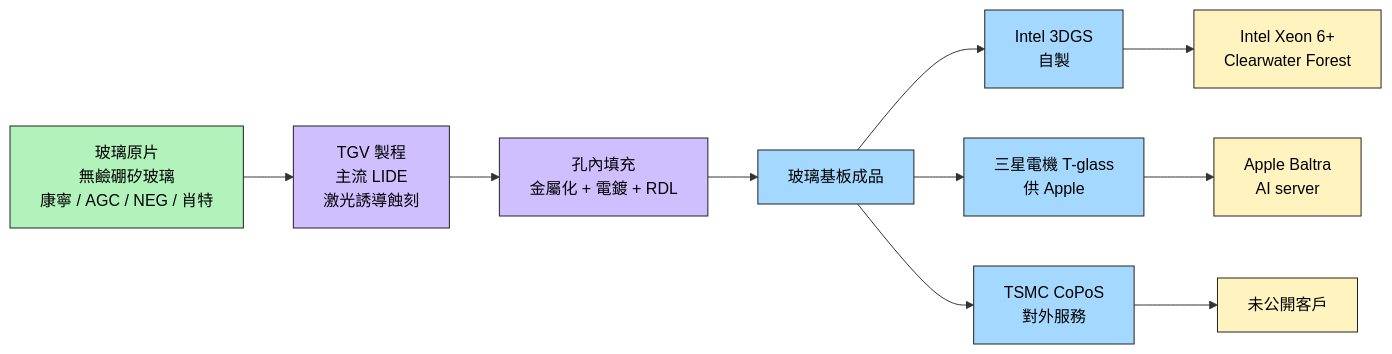
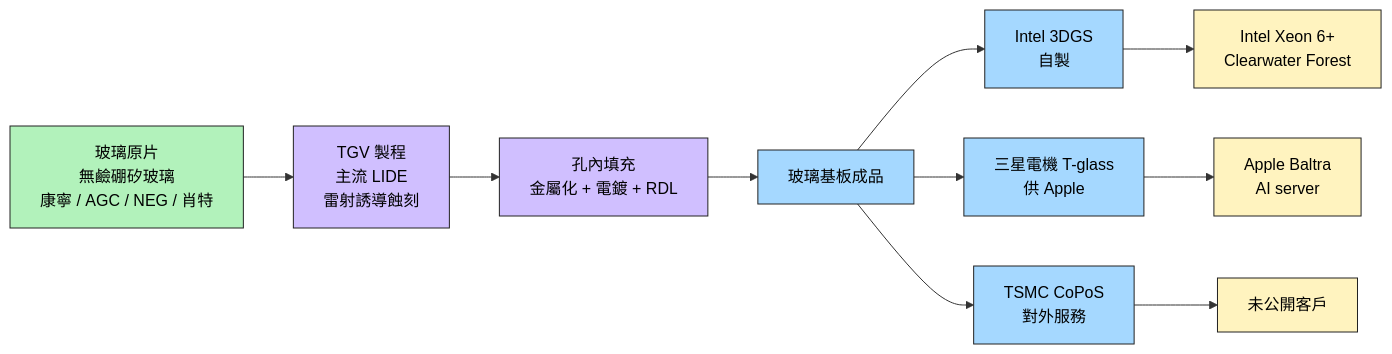
The first of 2 diagrams in content/lib/2.tech/技術_玻璃基板.md (kevn950324/wiki_Stockv2), drawn with Mermaid before and after one commit. The commit also changed other lines of this file and 663 other files, not shown here.

````diff
--- a/content/lib/2.tech/技術_玻璃基板.md
+++ b/content/lib/2.tech/技術_玻璃基板.md
@@ -35,22 +40,22 @@
 ```mermaid
 flowchart LR
-    A[玻璃原片<br/>無鹼硼矽玻璃<br/>康寧 / AGC / NEG / 肖特] --> B[TGV 製程<br/>主流 LIDE<br/>激光誘導蝕刻]
+    A[玻璃原片<br/>無鹼硼矽玻璃<br/>康寧 / AGC / NEG / 肖特] --> B[TGV 製程<br/>主流 LIDE<br/>雷射誘導蝕刻]
     B --> C[孔內填充<br/>金屬化 + 電鍍 + RDL]
     C --> D[玻璃基板成品]
     D --> E1[Intel 3DGS<br/>自製]
     D --> E2[三星電機 T-glass<br/>供 Apple]
     D --> E3[TSMC CoPoS<br/>對外服務]
     E1 --> F1[Intel Xeon 6+<br/>Clearwater Forest]
     E2 --> F2[Apple Baltra<br/>AI server]
     E3 --> F3[未公開客戶]
 
     classDef material fill:#b2f2bb,stroke:#222,color:#000
     classDef process fill:#d0bfff,stroke:#222,color:#000
     classDef core fill:#a5d8ff,stroke:#222,color:#000
     classDef customer fill:#fff3bf,stroke:#222,color:#000
 
     class A material
     class B,C process
     class D,E1,E2,E3 core
     class F1,F2,F3 customer
 ```
````
